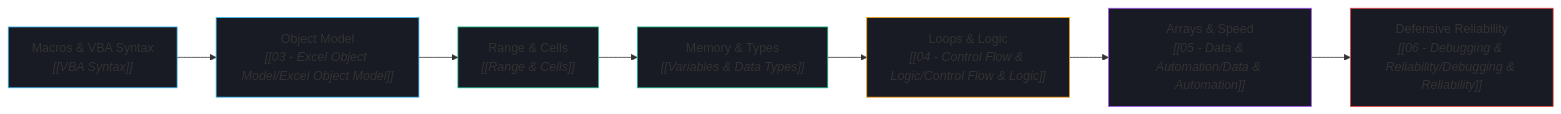
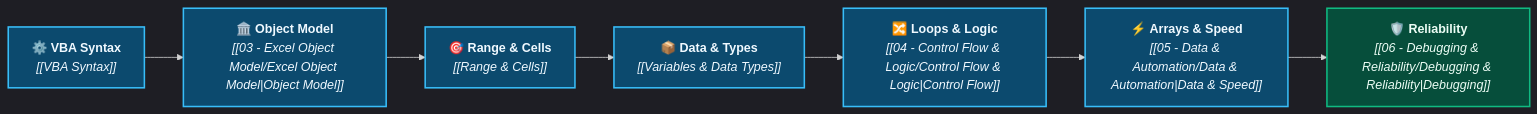
One commit to Sohila-Khaled-Abbas/Excel-VBA-Second-Brain changed the diagram in 00 - Dashboard/Home.md. Above: the diagram before and after it, drawn with Mermaid. The commit also changed 23 other files, not shown here.

Commit message:
feat: modernize vault diagrams with dark-theme Excel mockup UI, responsive card grids, and high-contrast Mermaid themes

````diff
--- a/00 - Dashboard/Home.md
+++ b/00 - Dashboard/Home.md
@@ -104,17 +104,13 @@
 ```mermaid
+%%{init: {'theme': 'dark', 'themeVariables': { 'darkMode': true, 'fontFamily': 'Inter, sans-serif' }}}%%
 flowchart LR
-    A["Macros & VBA Syntax<br/><i>[[VBA Syntax]]</i>"] --> B["Object Model<br/><i>[[03 - Excel Object Model/Excel Object Model]]</i>"]
-    B --> C["Range & Cells<br/><i>[[Range & Cells]]</i>"]
-    C --> D["Memory & Types<br/><i>[[Variables & Data Types]]</i>"]
-    D --> E["Loops & Logic<br/><i>[[04 - Control Flow & Logic/Control Flow & Logic]]</i>"]
-    E --> F["Arrays & Speed<br/><i>[[05 - Data & Automation/Data & Automation]]</i>"]
-    F --> G["Defensive Reliability<br/><i>[[06 - Debugging & Reliability/Debugging & Reliability]]</i>"]
+    A["⚙️ <b>VBA Syntax</b><br/><i>[[VBA Syntax]]</i>"]:::stepNode --> B["🏛️ <b>Object Model</b><br/><i>[[03 - Excel Object Model/Excel Object Model|Object Model]]</i>"]:::stepNode
+    B --> C["🎯 <b>Range & Cells</b><br/><i>[[Range & Cells]]</i>"]:::stepNode
+    C --> D["📦 <b>Data & Types</b><br/><i>[[Variables & Data Types]]</i>"]:::stepNode
+    D --> E["🔀 <b>Loops & Logic</b><br/><i>[[04 - Control Flow & Logic/Control Flow & Logic|Control Flow]]</i>"]:::stepNode
+    E --> F["⚡ <b>Arrays & Speed</b><br/><i>[[05 - Data & Automation/Data & Automation|Data & Speed]]</i>"]:::stepNode
+    F --> G["🛡️ <b>Reliability</b><br/><i>[[06 - Debugging & Reliability/Debugging & Reliability|Debugging]]</i>"]:::finishNode
 
-    style A fill:#181a24,stroke:#38bdf8
-    style B fill:#181a24,stroke:#38bdf8
-    style C fill:#181a24,stroke:#10b981
-    style D fill:#181a24,stroke:#10b981
-    style E fill:#181a24,stroke:#f59e0b
-    style F fill:#181a24,stroke:#a855f7
-    style G fill:#181a24,stroke:#ef4444
+    classDef stepNode fill:#0c4a6e,stroke:#38bdf8,stroke-width:2px,color:#f0f9ff;
+    classDef finishNode fill:#064e3b,stroke:#10b981,stroke-width:2px,color:#ecfdf5;
 ```
````
